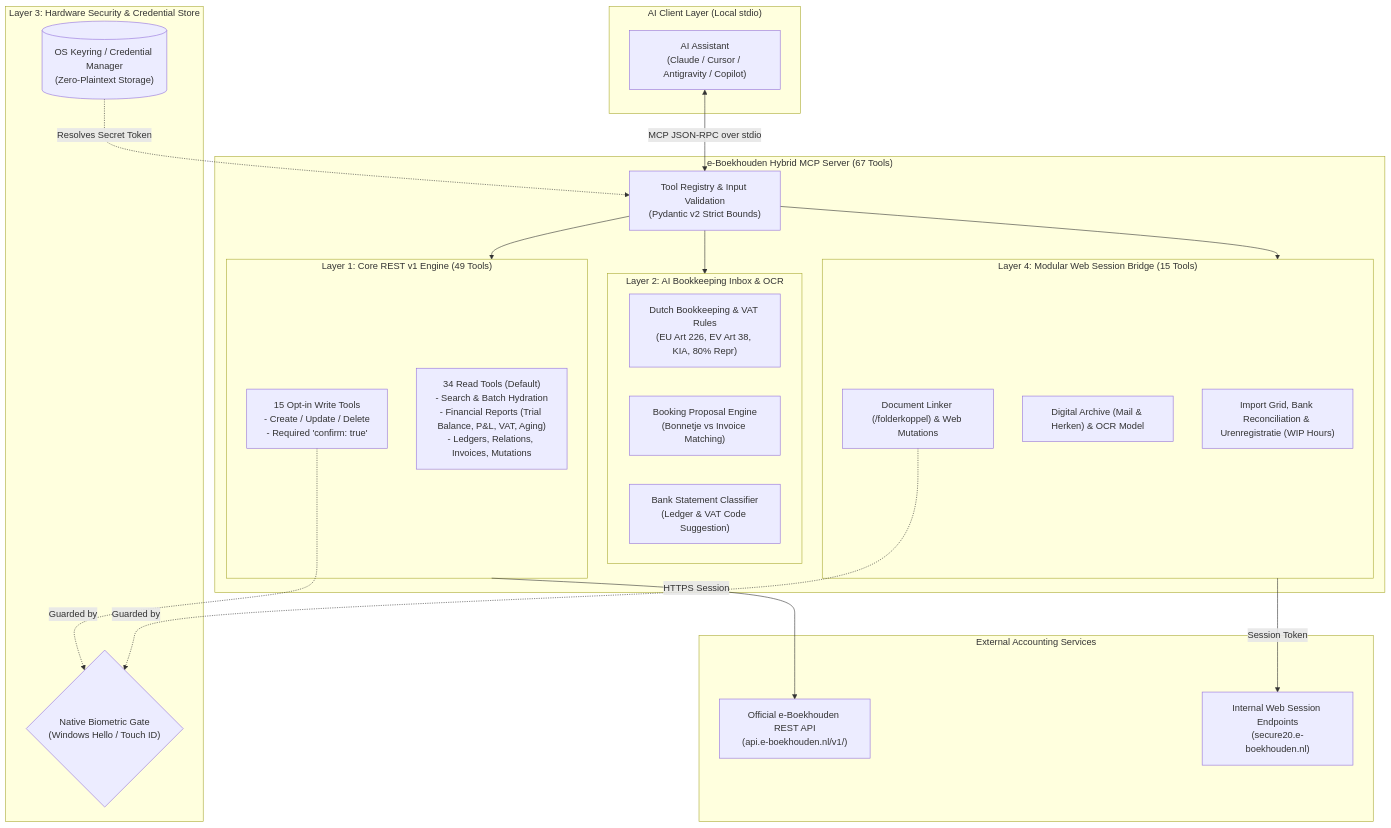
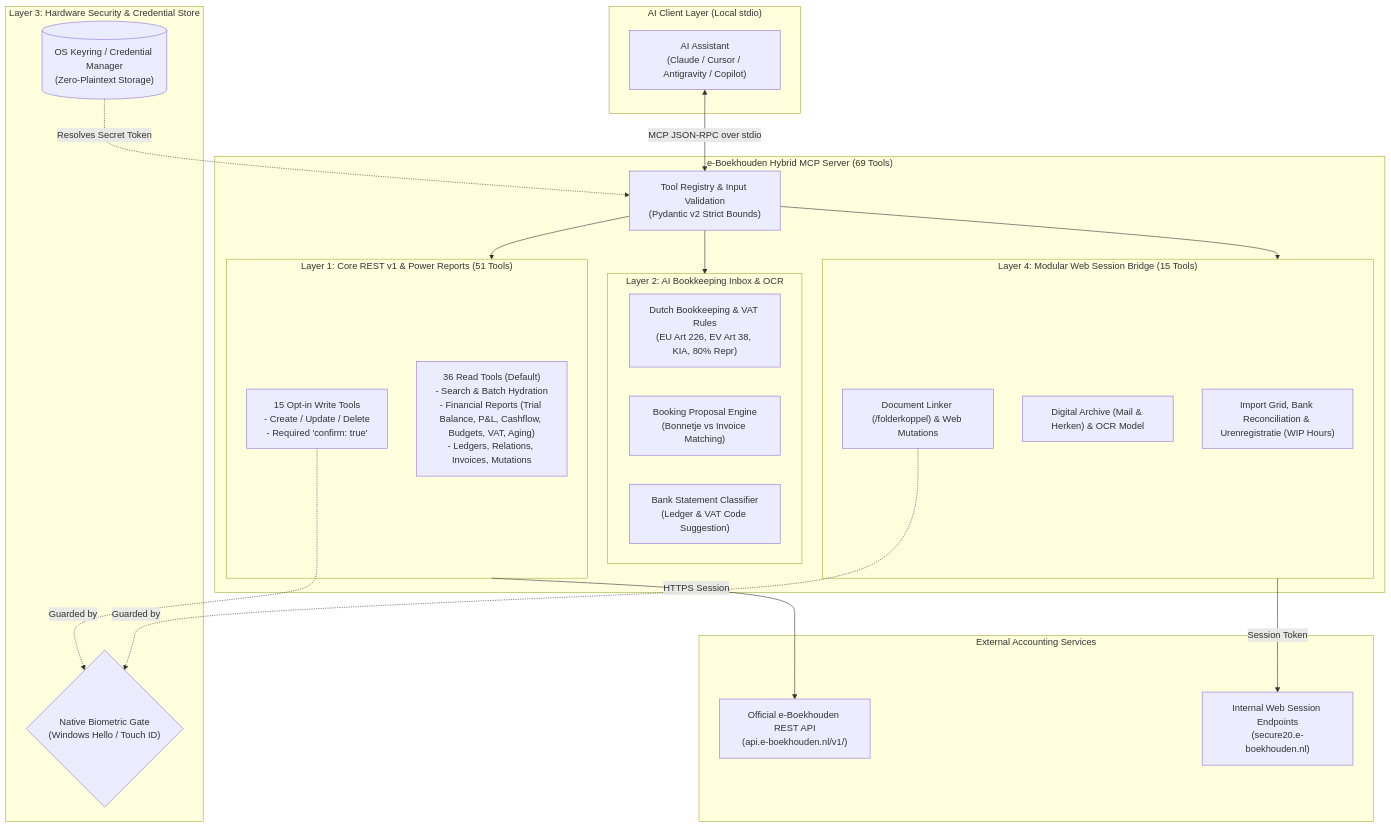
One commit to hemelbesem90s/e-Boekhouden-MCP changed the diagram in README.md. Above: the diagram before and after it, drawn with Mermaid. The commit also changed other lines of this file and 5 other files, not shown here.

Commit message:
feat(reports): add get_cash_flow and get_budget_vs_actuals power tools

````diff
--- a/README.md
+++ b/README.md
@@ -43,47 +43,47 @@
 ```mermaid
 flowchart TD
     subgraph ClientLayer["AI Client Layer (Local stdio)"]
         AI["AI Assistant\n(Claude / Cursor / Antigravity / Copilot)"]
     end
 
     subgraph SecurityLayer["Layer 3: Hardware Security & Credential Store"]
         BioGate{"Native Biometric Gate\n(Windows Hello / Touch ID)"}
         KeyringStore[("OS Keyring / Credential Manager\n(Zero-Plaintext Storage)")]
     end
 
-    subgraph MCPServer["e-Boekhouden Hybrid MCP Server (67 Tools)"]
+    subgraph MCPServer["e-Boekhouden Hybrid MCP Server (69 Tools)"]
         Registry["Tool Registry & Input Validation\n(Pydantic v2 Strict Bounds)"]
         
-        subgraph L1["Layer 1: Core REST v1 Engine (49 Tools)"]
-            RESTRead["34 Read Tools (Default)\n- Search & Batch Hydration\n- Financial Reports (Trial Balance, P&L, VAT, Aging)\n- Ledgers, Relations, Invoices, Mutations"]
+        subgraph L1["Layer 1: Core REST v1 & Power Reports (51 Tools)"]
+            RESTRead["36 Read Tools (Default)\n- Search & Batch Hydration\n- Financial Reports (Trial Balance, P&L, Cashflow, Budgets, VAT, Aging)\n- Ledgers, Relations, Invoices, Mutations"]
             RESTWrite["15 Opt-in Write Tools\n- Create / Update / Delete\n- Required 'confirm: true'"]
         end
 
         subgraph L2["Layer 2: AI Bookkeeping Inbox & OCR"]
             DutchRules["Dutch Bookkeeping & VAT Rules\n(EU Art 226, EV Art 38, KIA, 80% Repr)"]
             Proposal["Booking Proposal Engine\n(Bonnetje vs Invoice Matching)"]
             BankClassify["Bank Statement Classifier\n(Ledger & VAT Code Suggestion)"]
         end
 
         subgraph L4["Layer 4: Modular Web Session Bridge (15 Tools)"]
             WebGrid["Import Grid, Bank Reconciliation & Urenregistratie (WIP Hours)"]
             WebArchive["Digital Archive (Mail & Herken) & OCR Model"]
             WebAttach["Document Linker (/folderkoppel) & Web Mutations"]
         end
     end
 
     subgraph RemoteAPI["External Accounting Services"]
         OfficialAPI["Official e-Boekhouden REST API\n(api.e-boekhouden.nl/v1/)"]
         WebSession["Internal Web Session Endpoints\n(secure20.e-boekhouden.nl)"]
     end
 
     AI <-->|MCP JSON-RPC over stdio| Registry
     KeyringStore -.->|Resolves Secret Token| Registry
     Registry --> L1
     Registry --> L2
     Registry --> L4
     RESTWrite -.->|Guarded by| BioGate
     WebAttach -.->|Guarded by| BioGate
     L1 -->|HTTPS Session| OfficialAPI
     L4 -->|Session Token| WebSession
 ```
````
